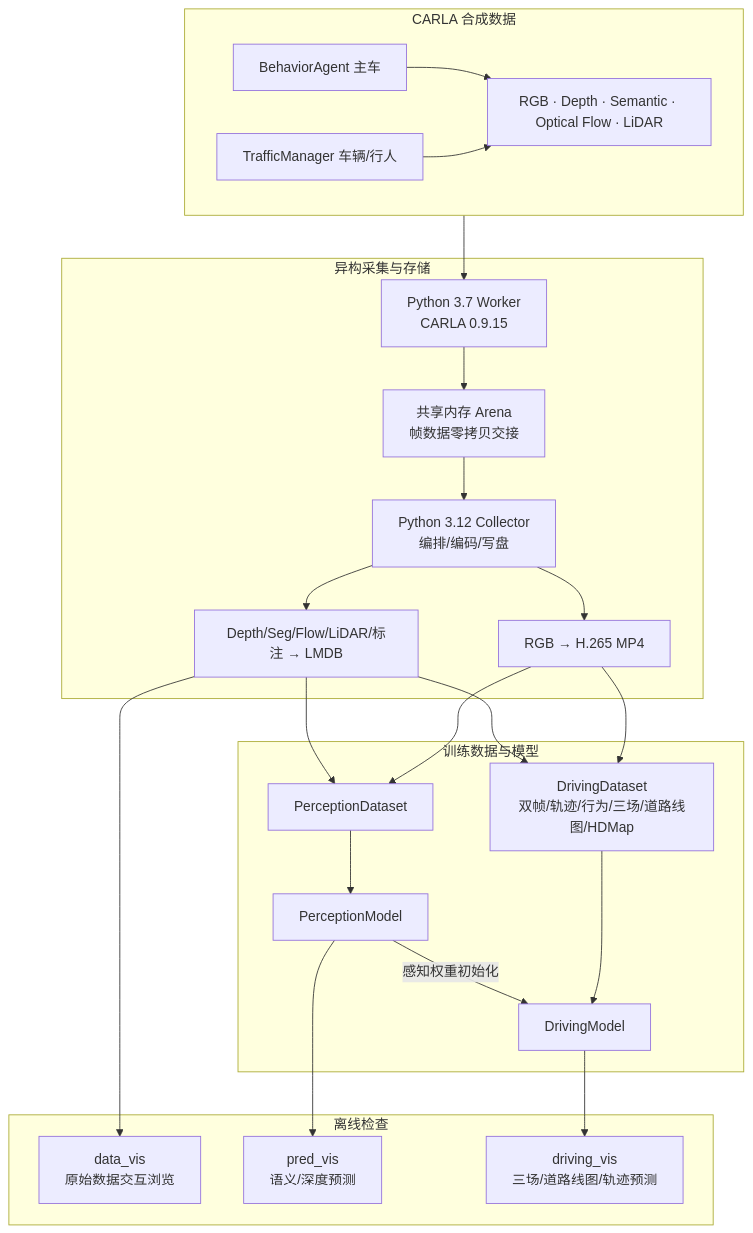
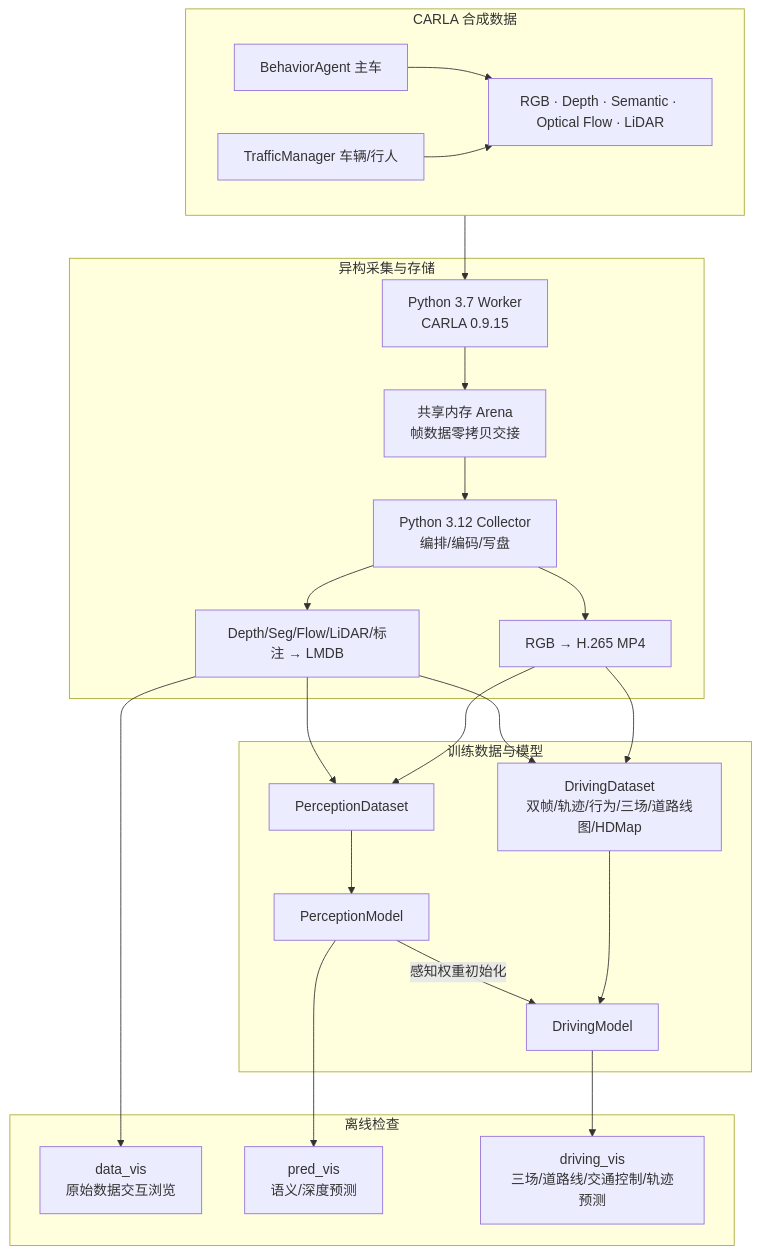
One commit to ByteDriveTeam/ByteDrive-Toy changed the second of 9 diagrams in README.md. Above: the diagram before and after it, drawn with Mermaid. The commit also changed other lines of this file and 20 other files, not shown here.

````diff
--- a/README.md
+++ b/README.md
@@ -115,46 +121,46 @@
 ```mermaid
 flowchart TB
     subgraph SIM["CARLA 合成数据"]
         C1["BehaviorAgent 主车"]
         C2["TrafficManager 车辆/行人"]
         C3["RGB · Depth · Semantic · Optical Flow · LiDAR"]
         C1 --> C3
         C2 --> C3
     end
 
     subgraph STORE["异构采集与存储"]
         W["Python 3.7 Worker<br/>CARLA 0.9.15"]
         SHM["共享内存 Arena<br/>帧数据零拷贝交接"]
         COL["Python 3.12 Collector<br/>编排/编码/写盘"]
         MP4["RGB → H.265 MP4"]
         DB["Depth/Seg/Flow/LiDAR/标注 → LMDB"]
         W --> SHM --> COL
         COL --> MP4
         COL --> DB
     end
 
     subgraph LEARN["训练数据与模型"]
         DS1["PerceptionDataset"]
         DS2["DrivingDataset<br/>双帧/轨迹/行为/三场/道路线图/HDMap"]
         P["PerceptionModel"]
         D["DrivingModel"]
         DS1 --> P
         DS2 --> D
         P -->|"感知权重初始化"| D
     end
 
     subgraph VIS["离线检查"]
         V1["data_vis<br/>原始数据交互浏览"]
         V2["pred_vis<br/>语义/深度预测"]
-        V3["driving_vis<br/>三场/道路线图/轨迹预测"]
+        V3["driving_vis<br/>三场/道路线/交通控制/轨迹预测"]
     end
 
     SIM --> W
     MP4 --> DS1
     DB --> DS1
     MP4 --> DS2
     DB --> DS2
     DB --> V1
     P --> V2
     D --> V3
 ```
````
